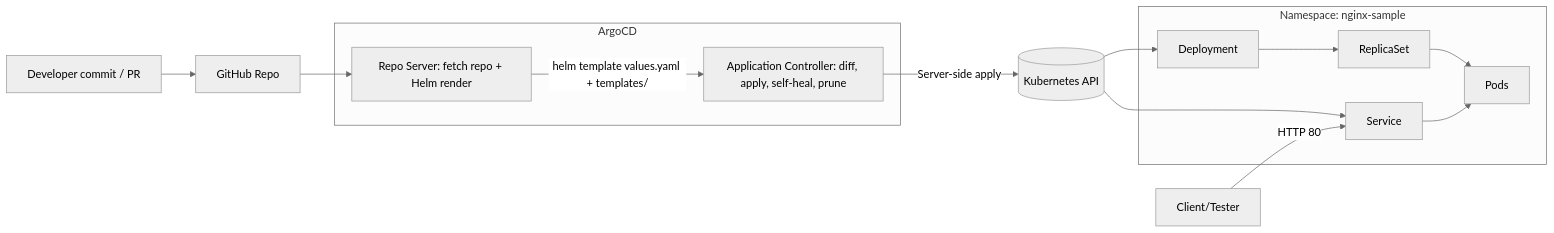
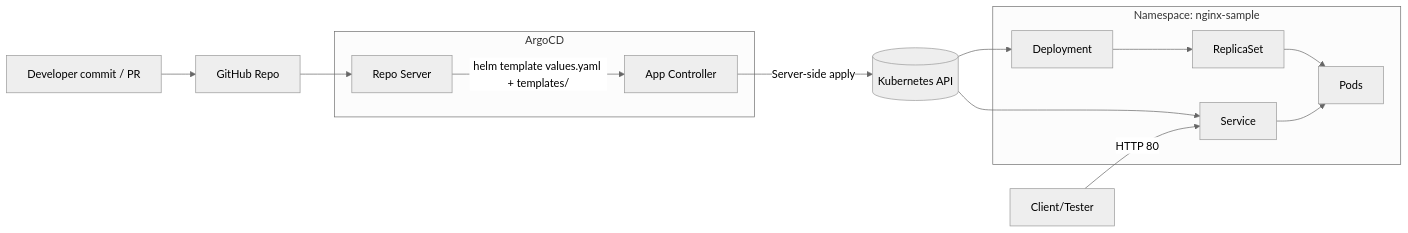
One commit to rachakondasai/sai-demo changed the first of 2 diagrams in README.md. Above: the diagram before and after it, drawn with Mermaid (neutral theme). The commit also changed other lines of this file, not shown here.

````diff
--- a/README.md
+++ b/README.md
@@ -20,21 +20,21 @@
 ```mermaid
 flowchart LR
     Dev[Developer commit / PR] --> Repo[GitHub Repo]
     subgraph ArgoCD
-      RS[Repo Server: fetch repo + Helm render]
-      AC[Application Controller: diff, apply, self-heal, prune]
+      RS[Repo Server]
+      AC[App Controller]
     end
     Repo --> RS
     RS -->|helm template values.yaml + templates/| AC
     AC -->|Server-side apply| API[(Kubernetes API)]
 
     subgraph NS[Namespace: nginx-sample]
       DEP[Deployment] --> RSSet[ReplicaSet] --> PODS[Pods]
       SVC[Service] --> PODS
     end
 
     API --> DEP
     API --> SVC
 
     User[Client/Tester] -->|HTTP 80| SVC
 ```
````
